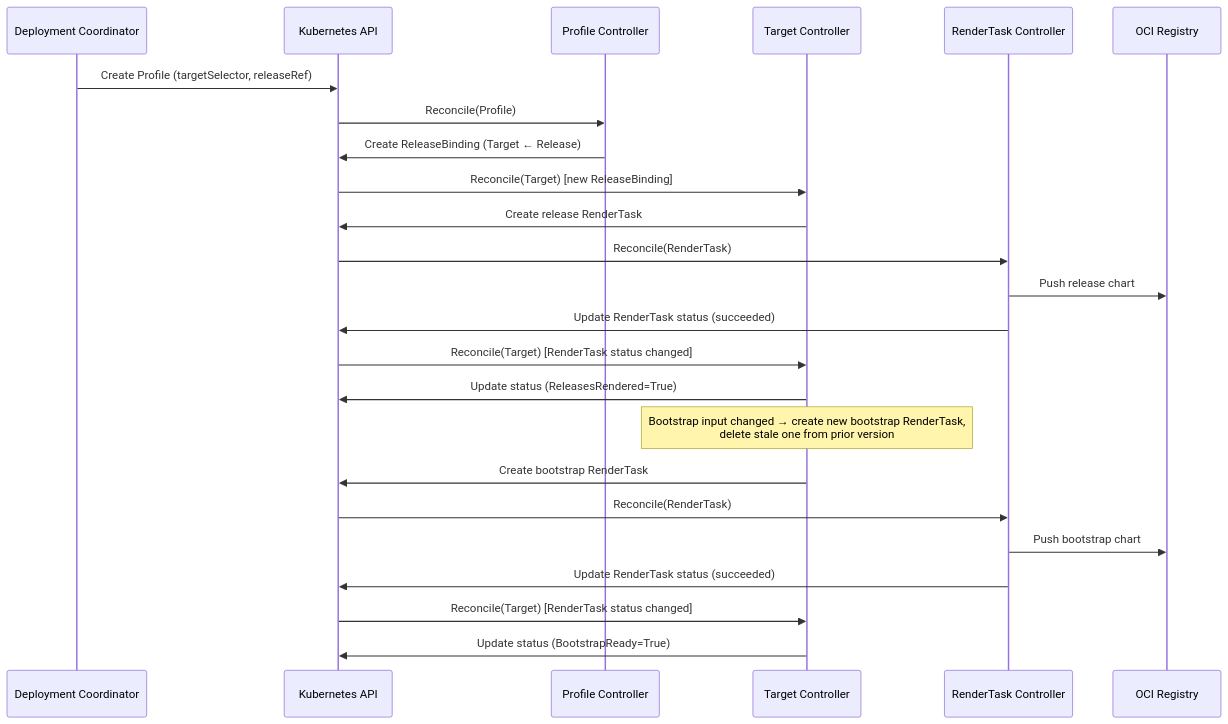
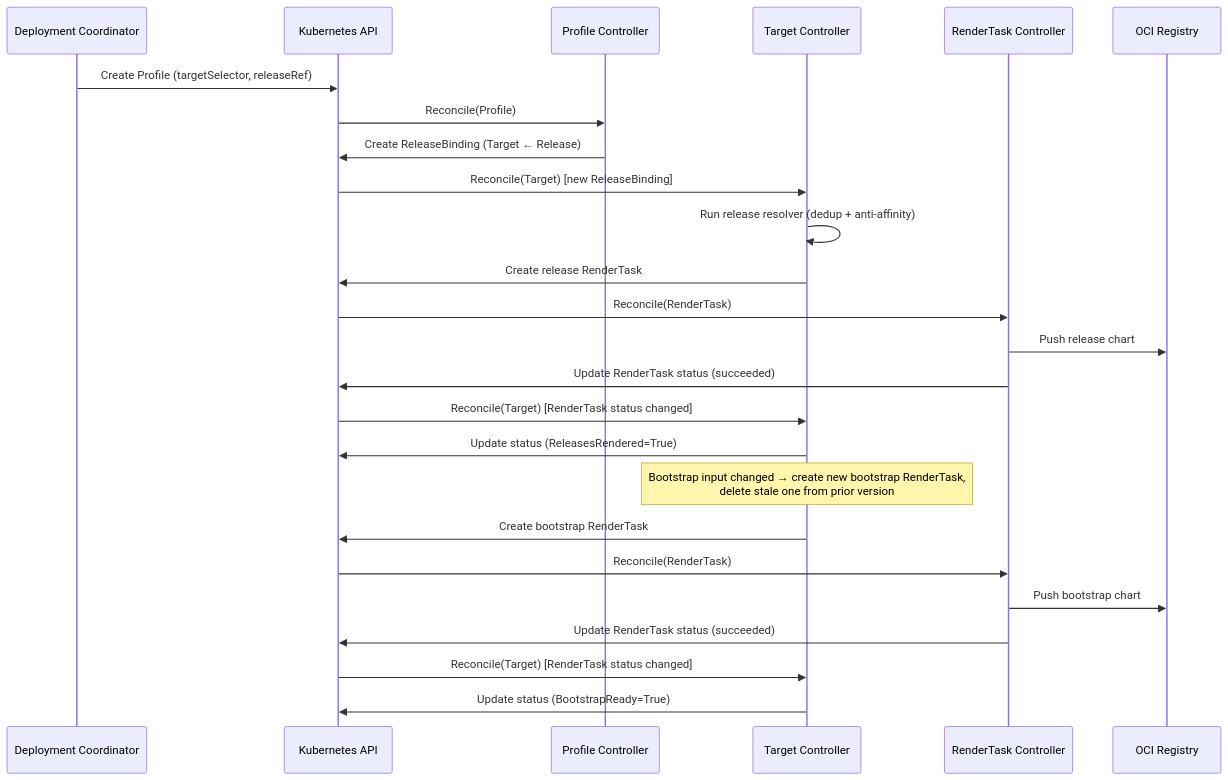
Before and after one commit to opendefensecloud/solution-arsenal: the third of 5 diagrams in docs/developer-guide/target_controller.md, drawn with Mermaid. The commit also changed other lines of this file and 4 other files, not shown here.

First line of the commit message:
docs: update release resolver documentation

````diff
--- a/docs/developer-guide/target_controller.md
+++ b/docs/developer-guide/target_controller.md
@@ -105,30 +115,31 @@
 ```mermaid
 sequenceDiagram
     participant User as Deployment Coordinator
     participant K8s as Kubernetes API
     participant ProfileCtrl as Profile Controller
     participant TargetCtrl as Target Controller
     participant RenderTaskCtrl as RenderTask Controller
     participant Registry as OCI Registry
 
     User->>K8s: Create Profile (targetSelector, releaseRef)
     K8s->>ProfileCtrl: Reconcile(Profile)
     ProfileCtrl->>K8s: Create ReleaseBinding (Target ← Release)
 
     K8s->>TargetCtrl: Reconcile(Target) [new ReleaseBinding]
+    TargetCtrl->>TargetCtrl: Run release resolver (dedup + anti-affinity)
     TargetCtrl->>K8s: Create release RenderTask
     K8s->>RenderTaskCtrl: Reconcile(RenderTask)
     RenderTaskCtrl->>Registry: Push release chart
     RenderTaskCtrl->>K8s: Update RenderTask status (succeeded)
 
     K8s->>TargetCtrl: Reconcile(Target) [RenderTask status changed]
     TargetCtrl->>K8s: Update status (ReleasesRendered=True)
     Note over TargetCtrl: Bootstrap input changed → create new bootstrap RenderTask,<br/>delete stale one from prior version
     TargetCtrl->>K8s: Create bootstrap RenderTask
     K8s->>RenderTaskCtrl: Reconcile(RenderTask)
     RenderTaskCtrl->>Registry: Push bootstrap chart
     RenderTaskCtrl->>K8s: Update RenderTask status (succeeded)
 
     K8s->>TargetCtrl: Reconcile(Target) [RenderTask status changed]
     TargetCtrl->>K8s: Update status (BootstrapReady=True)
 ```
````
